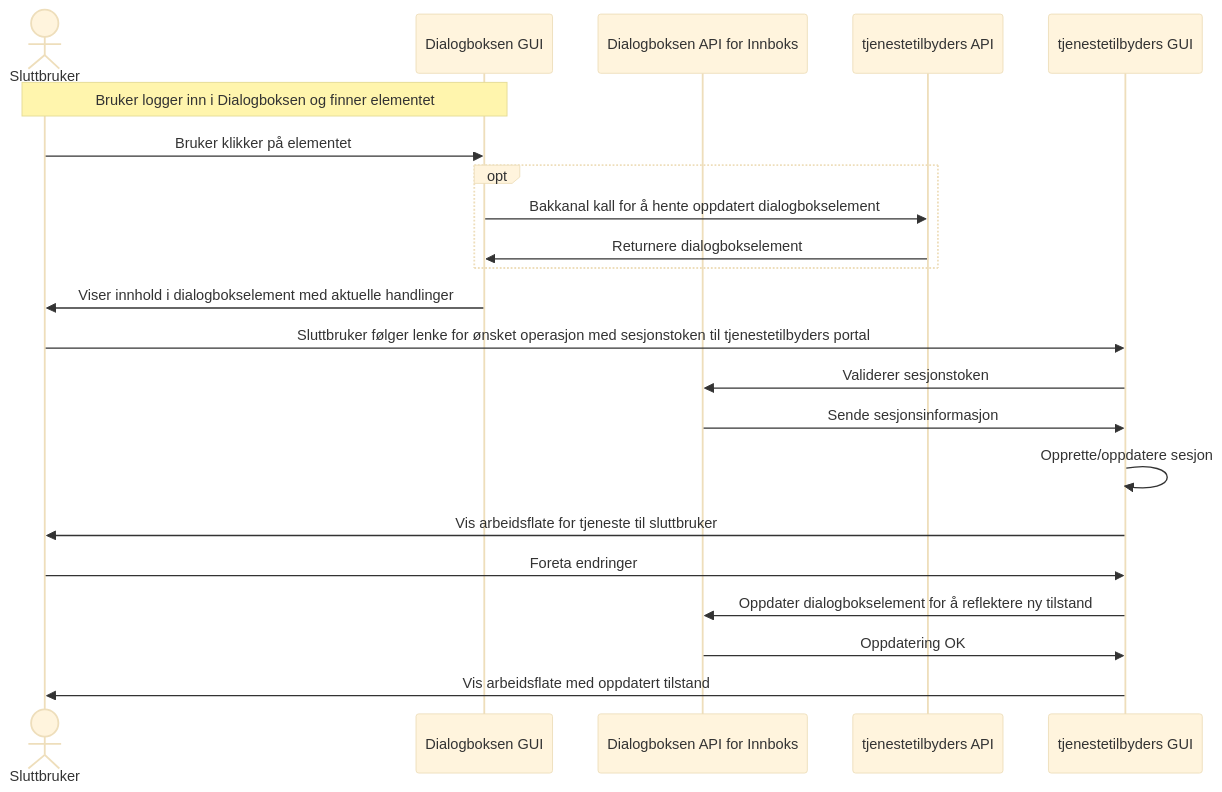
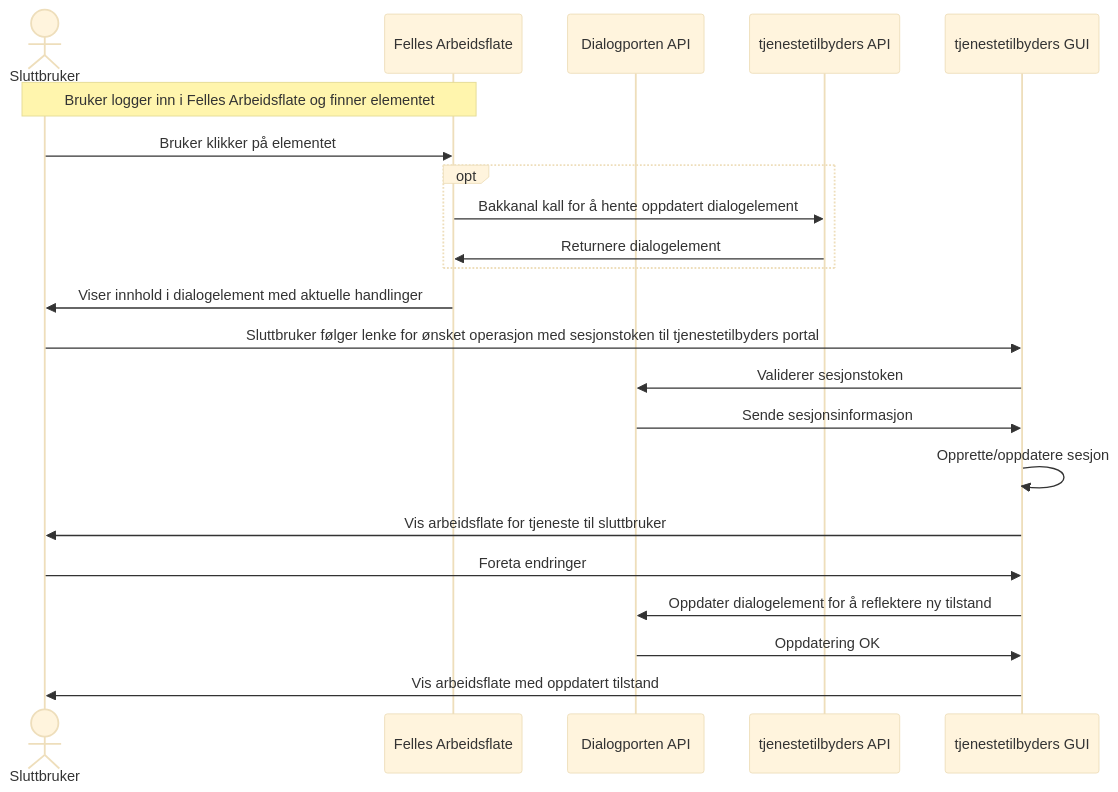
The second of 6 diagrams in dialogporten.md (elsand/elsand.github.io), drawn with Mermaid (base theme) before and after one commit. The commit also changed other lines of this file and 1 other file, not shown here.

````diff
--- a/dialogporten.md
+++ b/dialogporten.md
@@ -247,24 +249,24 @@
 ```mermaid!
 sequenceDiagram
     actor SB as Sluttbruker
-    participant GUI as Dialogboksen GUI
-    participant API as Dialogboksen API for Innboks
+    participant GUI as Felles Arbeidsflate
+    participant API as Dialogporten API
     participant TEAPI as tjenestetilbyders API
     participant TEGUI as tjenestetilbyders GUI
-note over SB,GUI: Bruker logger inn i Dialogboksen og finner elementet
+note over SB,GUI: Bruker logger inn i Felles Arbeidsflate og finner elementet
 SB->>GUI: Bruker klikker på elementet
 opt
-    GUI->>TEAPI: Bakkanal kall for å hente oppdatert dialogbokselement
-    TEAPI->>GUI: Returnere dialogbokselement
+    GUI->>TEAPI: Bakkanal kall for å hente oppdatert dialogelement
+    TEAPI->>GUI: Returnere dialogelement
 end
-GUI->>SB: Viser innhold i dialogbokselement med aktuelle handlinger
+GUI->>SB: Viser innhold i dialogelement med aktuelle handlinger
 SB->>TEGUI: Sluttbruker følger lenke for ønsket operasjon med sesjonstoken til tjenestetilbyders portal
 TEGUI->>API: Validerer sesjonstoken
 API->>TEGUI: Sende sesjonsinformasjon
 TEGUI->>TEGUI: Opprette/oppdatere sesjon
 TEGUI->>SB: Vis arbeidsflate for tjeneste til sluttbruker
 SB->>TEGUI: Foreta endringer
-TEGUI->>API: Oppdater dialogbokselement for å reflektere ny tilstand
+TEGUI->>API: Oppdater dialogelement for å reflektere ny tilstand
 API->>TEGUI: Oppdatering OK
 TEGUI->>SB: Vis arbeidsflate med oppdatert tilstand
 ```
````
